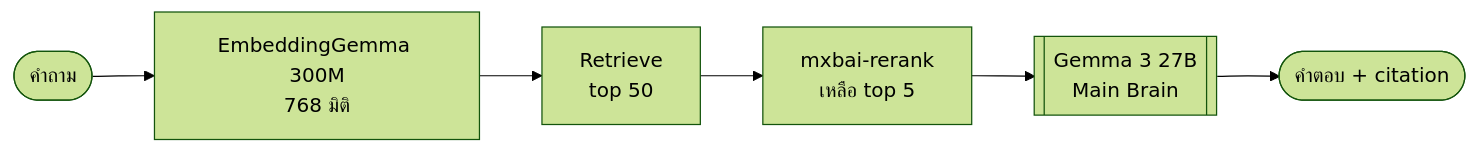
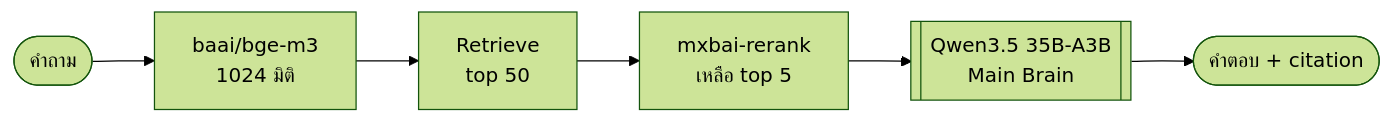
Before and after one commit to LLM-CE-KMITL/mcp-workshop: the second of 3 diagrams in README2.md, drawn with Mermaid (forest theme). The commit also changed other lines of this file and 43 other files, not shown here.

````diff
--- a/README2.md
+++ b/README2.md
@@ -90,8 +90,8 @@
 ```mermaid
 flowchart LR
-    Q([คำถาม]) --> EMB[EmbeddingGemma 300M<br/>768 มิติ]
+    Q([คำถาม]) --> EMB[baai/bge-m3<br/>1024 มิติ]
     EMB --> RET[Retrieve<br/>top 50]
     RET --> RR[mxbai-rerank<br/>เหลือ top 5]
-    RR --> BRAIN[[Gemma 3 27B<br/>Main Brain]]
+    RR --> BRAIN[[Qwen3.5 35B-A3B<br/>Main Brain]]
     BRAIN --> A([คำตอบ + citation])
 ```
````
